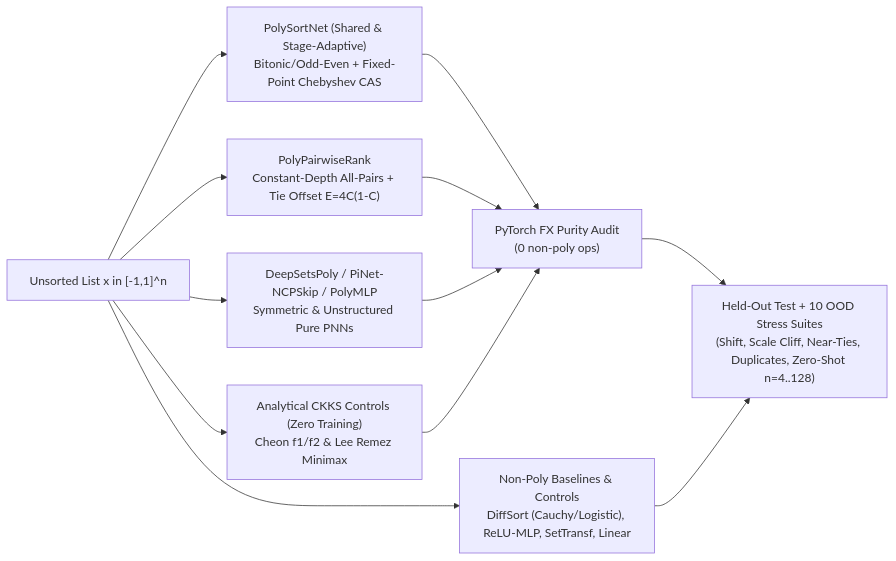
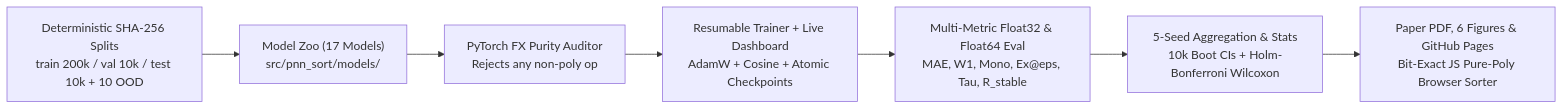
The diagram in README.md (BurnyCoder/polynomial-neural-network-sort-list), drawn with Mermaid before and after one commit. The commit also changed other lines of this file and 189 other files, not shown here.

Commit message:
Complete 178-run study: Stage 4E 5-seed rigor, camera-ready reports/paper.pdf, summary, polished figures, live GitHub Pages sorter, and Final Adversarial Review #4

````diff
--- a/README.md
+++ b/README.md
@@ -33,15 +93,9 @@
 ```mermaid
 flowchart LR
-    X["Unsorted List x in [-1,1]^n"] --> P1["PolySortNet (Shared & Stage-Adaptive)\nBitonic/Odd-Even + Fixed-Point Chebyshev CAS"]
-    X --> P2["PolyPairwiseRank\nConstant-Depth All-Pairs + Tie Offset E=4C(1-C)"]
-    X --> P3["DeepSetsPoly / PiNet-NCPSkip / PolyMLP\nSymmetric & Unstructured Pure PNNs"]
-    X --> A1["Analytical CKKS Controls (Zero Training)\nCheon f1/f2 & Lee Remez Minimax"]
-    X --> B1["Non-Poly Baselines & Controls\nDiffSort (Cauchy/Logistic), ReLU-MLP, SetTransf, Linear"]
-
-    P1 --> Audit["PyTorch FX Purity Audit\n(0 non-poly ops)"]
-    P2 --> Audit
-    P3 --> Audit
-    A1 --> Audit
-    Audit --> Eval["Held-Out Test + 10 OOD Stress Suites\n(Shift, Scale Cliff, Near-Ties, Duplicates, Zero-Shot n=4..128)"]
-    B1 --> Eval
+    A["Deterministic SHA-256 Splits<br/>train 200k / val 10k / test 10k + 10 OOD"] --> B["Model Zoo (17 Models)<br/>src/pnn_sort/models/"]
+    B --> C["PyTorch FX Purity Auditor<br/>Rejects any non-poly op"]
+    C --> D["Resumable Trainer + Live Dashboard<br/>AdamW + Cosine + Atomic Checkpoints"]
+    D --> E["Multi-Metric Float32 & Float64 Eval<br/>MAE, W1, Mono, Ex@eps, Tau, R_stable"]
+    E --> F["5-Seed Aggregation & Stats<br/>10k Boot CIs + Holm-Bonferroni Wilcoxon"]
+    F --> G["Paper PDF, 6 Figures & GitHub Pages<br/>Bit-Exact JS Pure-Poly Browser Sorter"]
 ```
````
